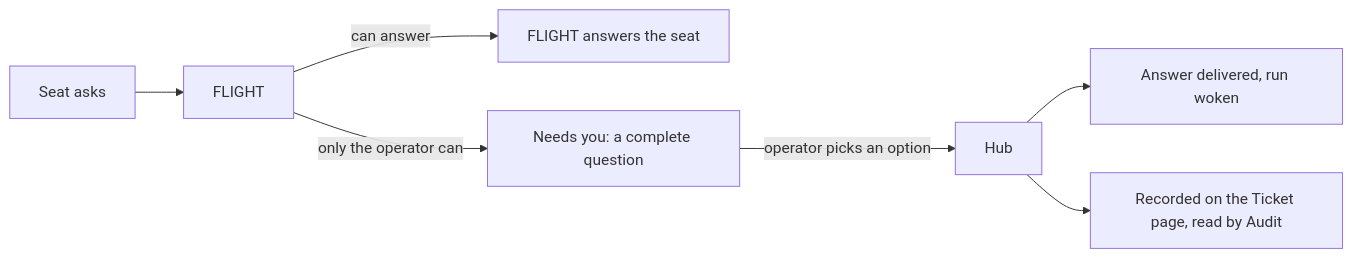
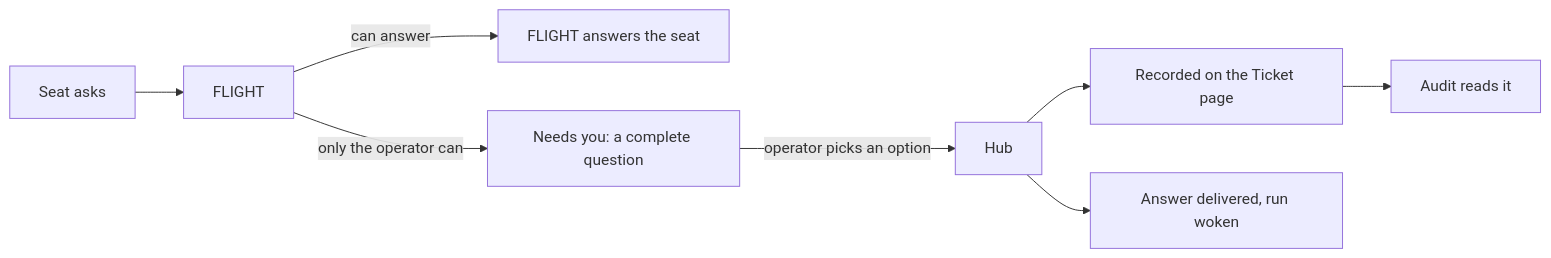
One commit to Luke-Bradford/mission-control changed the diagram in docs/superpowers/specs/2026-11-06-comms-needs-you-flight-design.md. Above: the diagram before and after it, drawn with Mermaid.

Commit message:
docs: keep the flow's last step clear of GitHub's diagram controls

````diff
--- a/docs/superpowers/specs/2026-11-06-comms-needs-you-flight-design.md
+++ b/docs/superpowers/specs/2026-11-06-comms-needs-you-flight-design.md
@@ -108,9 +108,10 @@
 ```mermaid
 flowchart LR
   S[Seat asks] --> F[FLIGHT]
   F -->|can answer| R[FLIGHT answers the seat]
   F -->|only the operator can| N[Needs you: a complete question]
   N -->|operator picks an option| H[Hub]
+  H --> T[Recorded on the Ticket page]
+  T --> A[Audit reads it]
   H --> D[Answer delivered, run woken]
-  H --> T[Recorded on the Ticket page, read by Audit]
 ```
````
